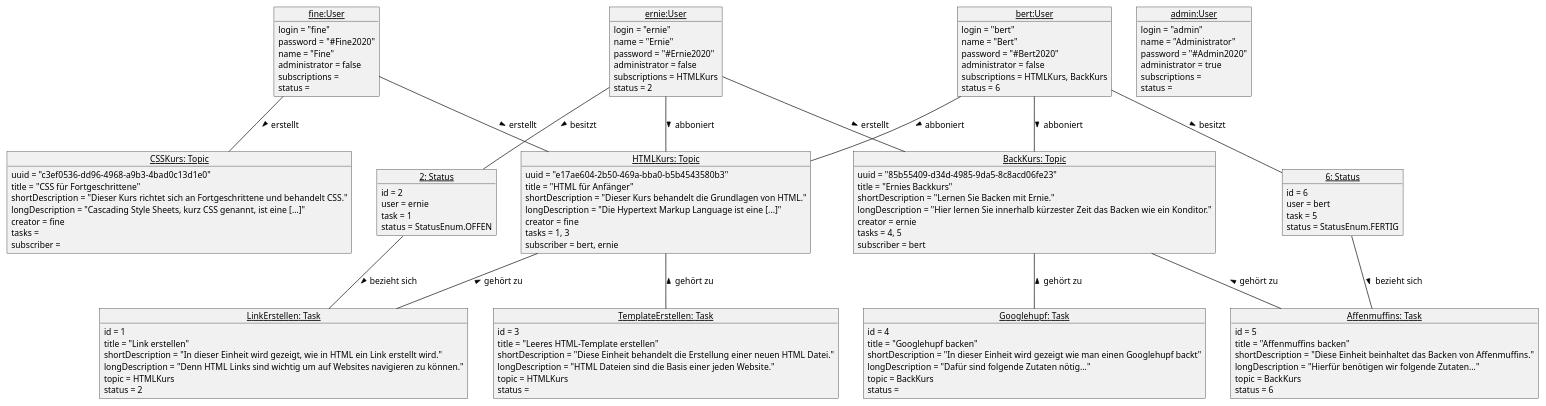
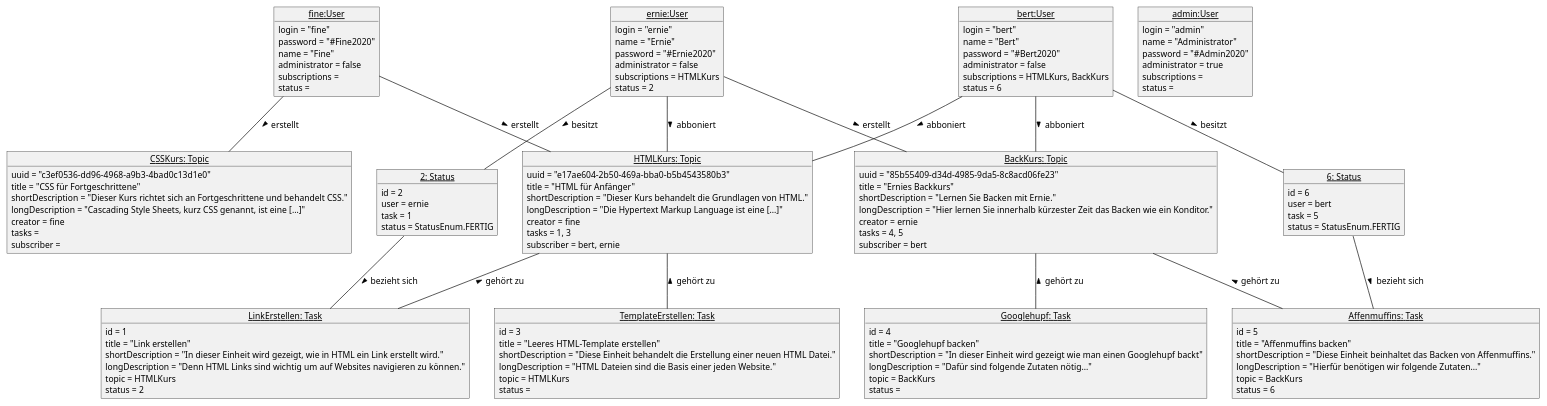
Before and after one commit to SimonHirner/agenda20: the diagram in doku/Objektmodell.plantuml, drawn with PlantUML. The commit also changed 1 other file, not shown here.

```diff
--- a/doku/Objektmodell.plantuml
+++ b/doku/Objektmodell.plantuml
@@ -1,146 +1,146 @@
 @startuml
 
 ' Layout
 skinparam classAttributeIconSize 0
 skinparam monochrome true
 skinparam shadowing false
 skinparam DefaultFontName arial
 skinparam DefaultFontSize 12
 skinparam ClassFontStyle bold
 
 'User
 object "<u>fine:User</u>" as fine{
     login = "fine"
     password = "#Fine2020"
     name = "Fine"
     administrator = false
     subscriptions = 
     status = 
 }
 object "<u>ernie:User</u>" as ernie{
     login = "ernie"
     name = "Ernie"
     password = "#Ernie2020"
     administrator = false
     subscriptions = HTMLKurs
     status = 2
 }
 object "<u>bert:User</u>" as bert{
     login = "bert"
     name = "Bert"
     password = "#Bert2020"
     administrator = false
     subscriptions = HTMLKurs, BackKurs
     status = 6
 }
 object "<u>admin:User</u>" as admin{
     login = "admin"
     name = "Administrator"
     password = "#Admin2020"
     administrator = true
     subscriptions = 
     status = 
 }
 
 'Topics
 object "<u>HTMLKurs: Topic</u>" as HTMLKurs{
 	uuid = "e17ae604-2b50-469a-bba0-b5b4543580b3"
     title = "HTML für Anfänger"
     shortDescription = "Dieser Kurs behandelt die Grundlagen von HTML."
     longDescription = "Die Hypertext Markup Language ist eine [...]"
     creator = fine
     tasks = 1, 3
     subscriber = bert, ernie
 
 }
 object "<u>CSSKurs: Topic</u>" as CSSKurs{
 	uuid = "c3ef0536-dd96-4968-a9b3-4bad0c13d1e0"
     title = "CSS für Fortgeschrittene"
     shortDescription = "Dieser Kurs richtet sich an Fortgeschrittene und behandelt CSS."
     longDescription = "Cascading Style Sheets, kurz CSS genannt, ist eine [...]"
     creator = fine
     tasks = 
     subscriber = 
 }
 object "<u>BackKurs: Topic</u>" as BackKurs{
 	uuid = "85b55409-d34d-4985-9da5-8c8acd06fe23"
     title = "Ernies Backkurs"
     shortDescription = "Lernen Sie Backen mit Ernie."
     longDescription = "Hier lernen Sie innerhalb kürzester Zeit das Backen wie ein Konditor."
     creator = ernie
     tasks = 4, 5
     subscriber = bert
 }
 
 'Tasks
 object "<u>LinkErstellen: Task</u>" as LinkErstellen {
     id = 1
     title = "Link erstellen"
     shortDescription = "In dieser Einheit wird gezeigt, wie in HTML ein Link erstellt wird."
     longDescription = "Denn HTML Links sind wichtig um auf Websites navigieren zu können."
     topic = HTMLKurs
     status = 2
 }
 object "<u>TemplateErstellen: Task</u>" as HTMlErstellen {
     id = 3
     title = "Leeres HTML-Template erstellen"
     shortDescription = "Diese Einheit behandelt die Erstellung einer neuen HTML Datei."
     longDescription = "HTML Dateien sind die Basis einer jeden Website."
     topic = HTMLKurs
     status =
 }
 object "<u>Googlehupf: Task</u>" as Googlehupf {
     id = 4
     title = "Googlehupf backen"
     shortDescription = "In dieser Einheit wird gezeigt wie man einen Googlehupf backt"
     longDescription = "Dafür sind folgende Zutaten nötig..."
     topic = BackKurs
     status =
 }
 object "<u>Affenmuffins: Task</u>" as Affenmuffins {
     id = 5
     title = "Affenmuffins backen"
     shortDescription = "Diese Einheit beinhaltet das Backen von Affenmuffins."
     longDescription = "Hierfür benötigen wir folgende Zutaten..."
     topic = BackKurs
     status = 6
 }
 
 'status
 object "<u>2: Status</u>" as 2{
 	id = 2
 	user = ernie
 	task = 1
-	status = StatusEnum.OFFEN
+	status = StatusEnum.FERTIG
 }
 
 object "<u>6: Status</u>" as 6{
 	id = 6
 	user = bert
 	task = 5
 	status = StatusEnum.FERTIG
 }
 
 'Assoziationen
 fine -- HTMLKurs :> erstellt
 fine -- CSSKurs :> erstellt
 ernie -- BackKurs :> erstellt
 
 ernie -- 2 :> besitzt
 bert -- 6 :> besitzt
 
 ernie -- HTMLKurs :> abboniert
 bert -- HTMLKurs :> abboniert
 bert -- BackKurs :> abboniert
 
 HTMLKurs -- LinkErstellen :< gehört zu
 HTMLKurs -- HTMlErstellen :< gehört zu
 
 6 -- Affenmuffins :> bezieht sich
 2 -- LinkErstellen :> bezieht sich
 
 BackKurs -- Googlehupf :< gehört zu
 BackKurs -- Affenmuffins :< gehört zu
 
 
 @enduml
```
